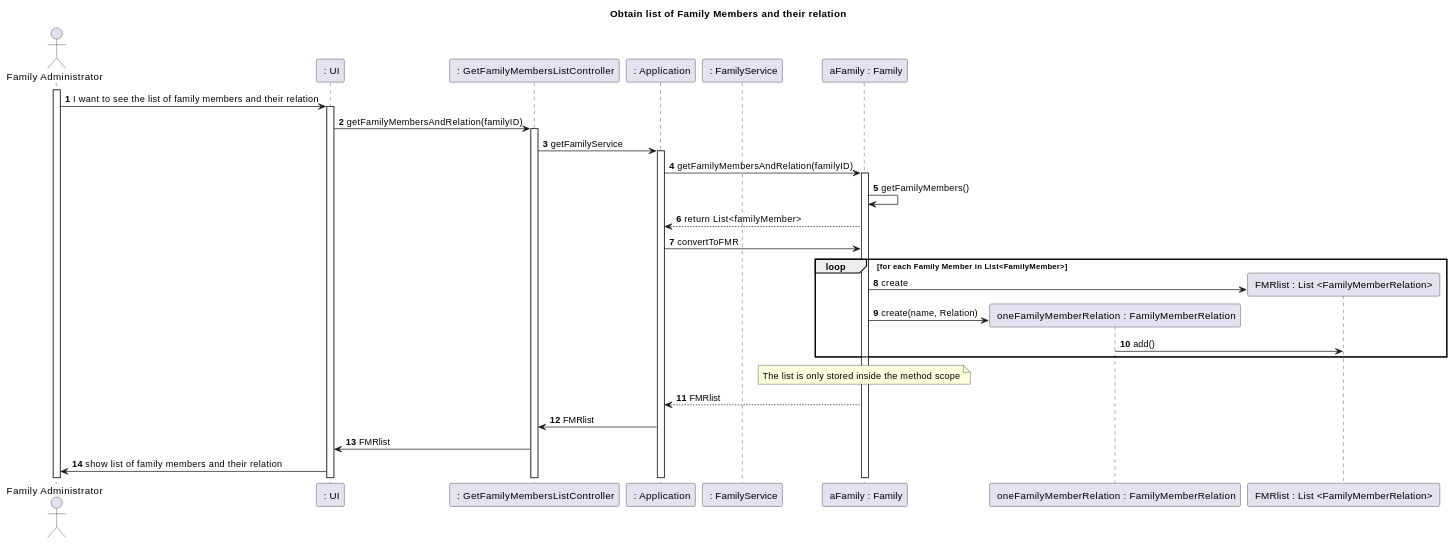
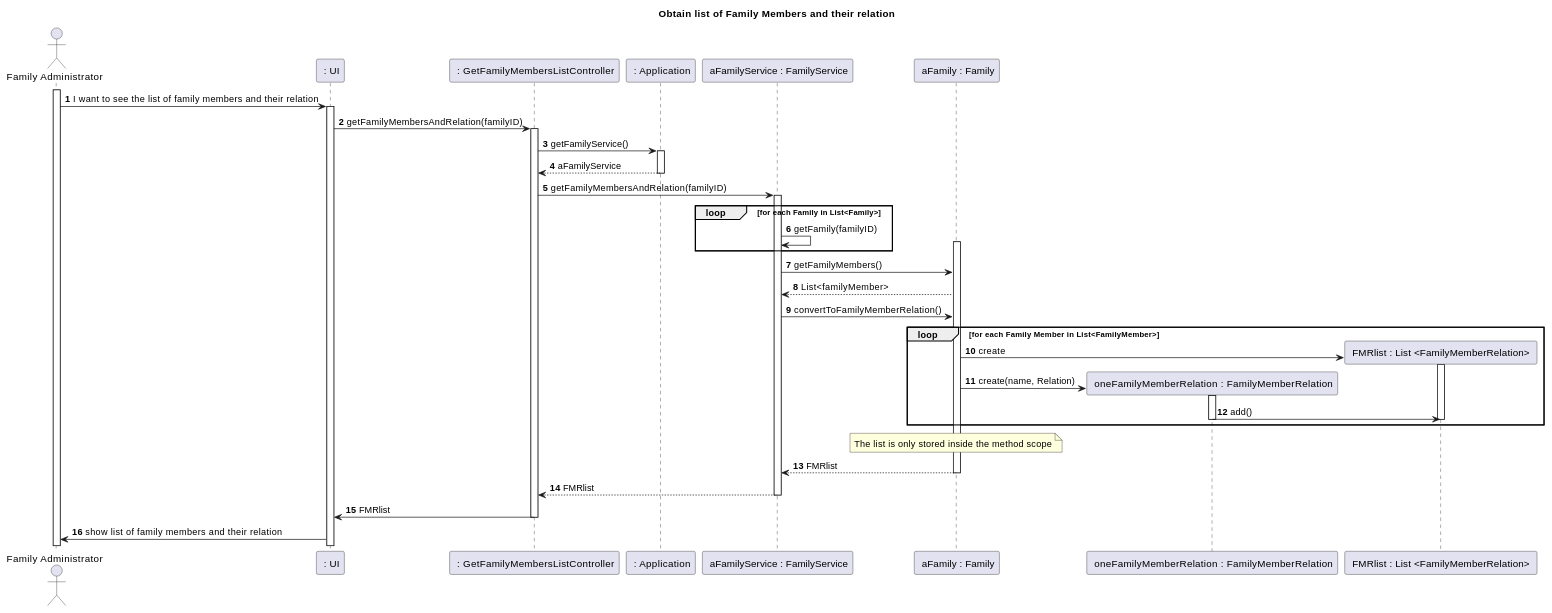
The first of 2 diagrams in docs/US104 GetFamilyMembersAndRelation.md (tomas-osswald/switch_2020_g3), drawn with PlantUML before and after one commit. The commit also changed other lines of this file and 5 other files, not shown here.

`````diff
--- a/docs/US104 GetFamilyMembersAndRelation.md
+++ b/docs/US104 GetFamilyMembersAndRelation.md
@@ -31,52 +31,62 @@
 ````puml
 @startuml
 
 ' startuml é syntax para iniciar esquema em PlantUML
 
 ' autonumber é auto-explicativo
 ' actor é syntax de ator. participant é syntax de uma Lifeline
 ' "as" define alias que queremos dar ao participant ou actor
 
 autonumber
 title "Obtain list of Family Members and their relation"
 actor "Family Administrator" as actor
 participant " : UI" as UI
 participant " : GetFamilyMembersListController" as controller
 participant " : Application" as application
-participant " : FamilyService" as service
+participant " aFamilyService : FamilyService" as service
 participant " aFamily : Family" as family
 participant " oneFamilyMemberRelation : FamilyMemberRelation" as DTO
 participant " FMRlist : List <FamilyMemberRelation> " as DTOlist
 
 /' Comentário: activate é a syntax para ativar lifeline "preenchida" (Não tracejada). 
     Activate só deve ser inserido no momento em que se quer ativar a lifeline preenchida
 '/
 
 activate actor
-
-
-
 actor -> UI : I want to see the list of family members and their relation
 activate UI
 UI -> controller : getFamilyMembersAndRelation(familyID)
 activate controller
-controller -> application : getFamilyService
+controller -> application : getFamilyService()
 activate application
-application -> family :  getFamilyMembersAndRelation(familyID)
+application --> controller : aFamilyService
+deactivate application
+controller -> service :  getFamilyMembersAndRelation(familyID)
+activate service
+loop for each Family in List<Family>
+service -> service : getFamily(familyID)
 activate family
-family -> family : getFamilyMembers()
-family --> application : return List<familyMember>
-application -> family : convertToFMR
+end
+service -> family : getFamilyMembers()
+family --> service : List<familyMember>
+service -> family : convertToFamilyMemberRelation()
 loop for each Family Member in List<FamilyMember>
     family -> DTOlist ** : create
+    activate DTOlist
      family -> DTO ** : create(name, Relation)
+    activate DTO
     DTO -> DTOlist : add()
+deactivate DTO
+deactivate DTOlist
      end
 note over family : The list is only stored inside the method scope
-family --> application : FMRlist
-application -> controller : FMRlist
+family --> service : FMRlist
+deactivate family
+service --> controller : FMRlist
+deactivate service
 controller -> UI : FMRlist
+deactivate controller
 UI -> actor : show list of family members and their relation
 
 @enduml
 ````
`````
